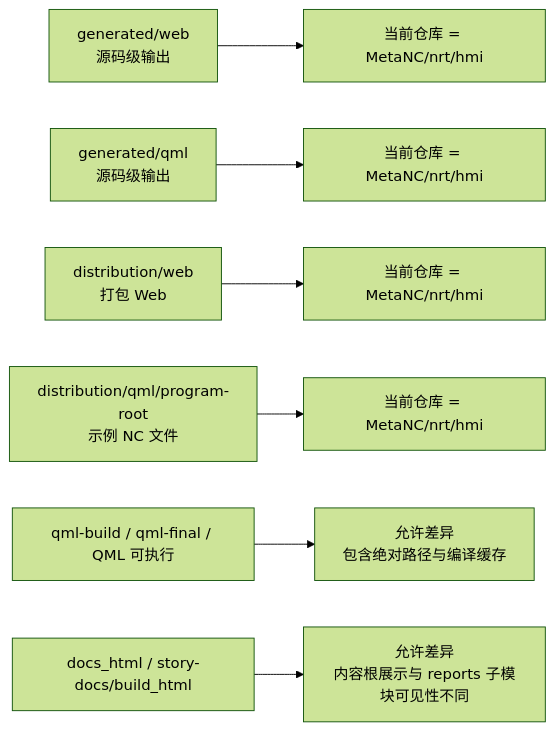
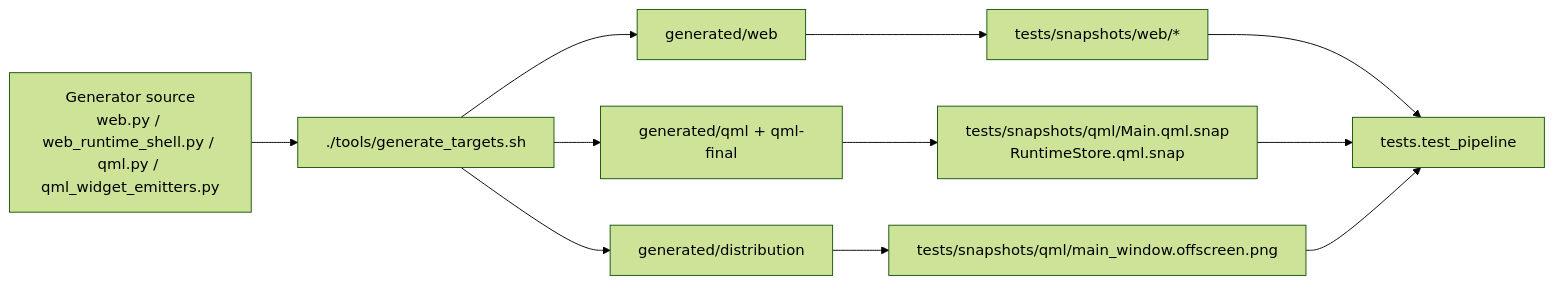
Before and after one commit to luppiterw/metanc_hmi_dsl_reports: the third of 3 diagrams in 2026-04-17-codex-session/architecture-diagram.md, drawn with Mermaid (forest theme). The commit also changed other lines of this file and 6 other files, not shown here.

````diff
--- a/2026-04-17-codex-session/architecture-diagram.md
+++ b/2026-04-17-codex-session/architecture-diagram.md
@@ -32,10 +37,15 @@
 ```mermaid
 flowchart LR
-    WEBSRC["generated/web<br/>源码级输出"] --> SAME1["当前仓库 = MetaNC/nrt/hmi"]
-    QMLSRC["generated/qml<br/>源码级输出"] --> SAME2["当前仓库 = MetaNC/nrt/hmi"]
-    DISTWEB["distribution/web<br/>打包 Web"] --> SAME3["当前仓库 = MetaNC/nrt/hmi"]
-    PROGS["distribution/qml/program-root<br/>示例 NC 文件"] --> SAME4["当前仓库 = MetaNC/nrt/hmi"]
+    GEN["Generator source<br/>web.py / web_runtime_shell.py / qml.py / qml_widget_emitters.py"] --> BUILD["./tools/generate_targets.sh"]
+    BUILD --> WEBOUT["generated/web"]
+    BUILD --> QMLOUT["generated/qml + qml-final"]
+    BUILD --> DIST["generated/distribution"]
 
-    QMLBIN["qml-build / qml-final / QML 可执行"] --> DIFF1["允许差异<br/>包含绝对路径与编译缓存"]
-    DOCSHTML["docs_html / story-docs/build_html"] --> DIFF2["允许差异<br/>内容根展示与 reports 子模块可见性不同"]
+    WEBOUT --> WEBSNAP["tests/snapshots/web/*"]
+    QMLOUT --> QMLSNAP["tests/snapshots/qml/Main.qml.snap<br/>RuntimeStore.qml.snap"]
+    DIST --> QMLIMG["tests/snapshots/qml/main_window.offscreen.png"]
+
+    WEBSNAP --> PIPELINE["tests.test_pipeline"]
+    QMLSNAP --> PIPELINE
+    QMLIMG --> PIPELINE
 ```
````
